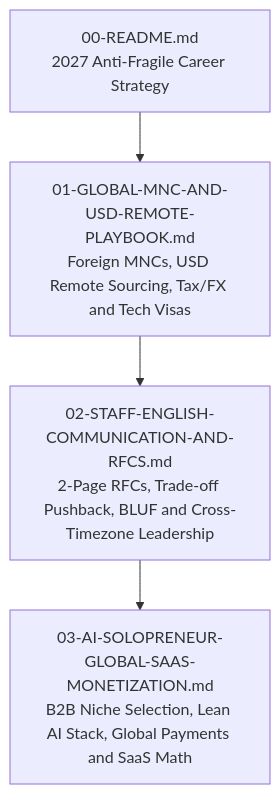
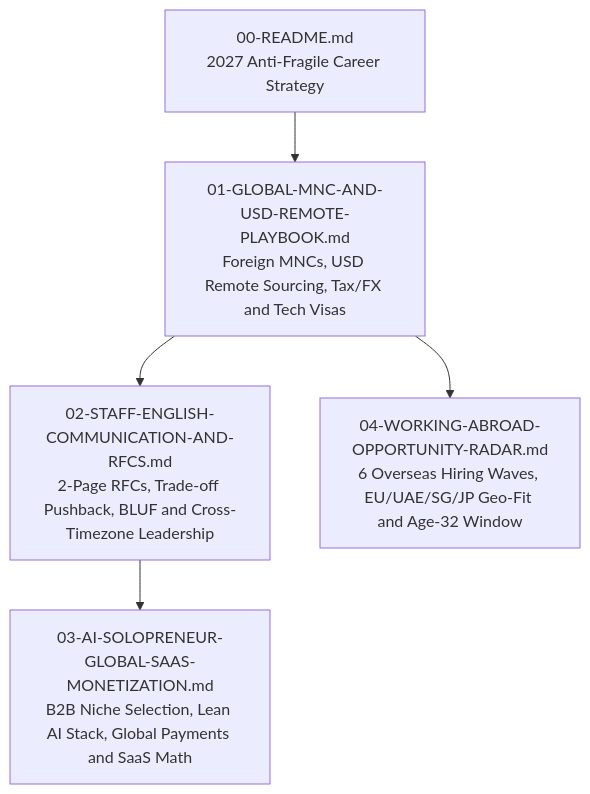
One commit to yongjinhuang/yongjinhuang.github.io changed the third of 3 diagrams in public/vaults/product-growth/career-global-solopreneur/00-README.md. Above: the diagram before and after it, drawn with Mermaid. The commit also changed other lines of this file and 40 other files, not shown here.

````diff
--- a/public/vaults/product-growth/career-global-solopreneur/00-README.md
+++ b/public/vaults/product-growth/career-global-solopreneur/00-README.md
@@ -188,6 +188,7 @@
 ```mermaid
 flowchart TD
     Start["00-README.md<br/>2027 Anti-Fragile Career Strategy"] --> M1["01-GLOBAL-MNC-AND-USD-REMOTE-PLAYBOOK.md<br/>Foreign MNCs, USD Remote Sourcing, Tax/FX and Tech Visas"]
     M1 --> M2["02-STAFF-ENGLISH-COMMUNICATION-AND-RFCS.md<br/>2-Page RFCs, Trade-off Pushback, BLUF and Cross-Timezone Leadership"]
     M2 --> M3["03-AI-SOLOPRENEUR-GLOBAL-SAAS-MONETIZATION.md<br/>B2B Niche Selection, Lean AI Stack, Global Payments and SaaS Math"]
+    M1 --> M4["04-WORKING-ABROAD-OPPORTUNITY-RADAR.md<br/>6 Overseas Hiring Waves, EU/UAE/SG/JP Geo-Fit and Age-32 Window"]
 ```
````
